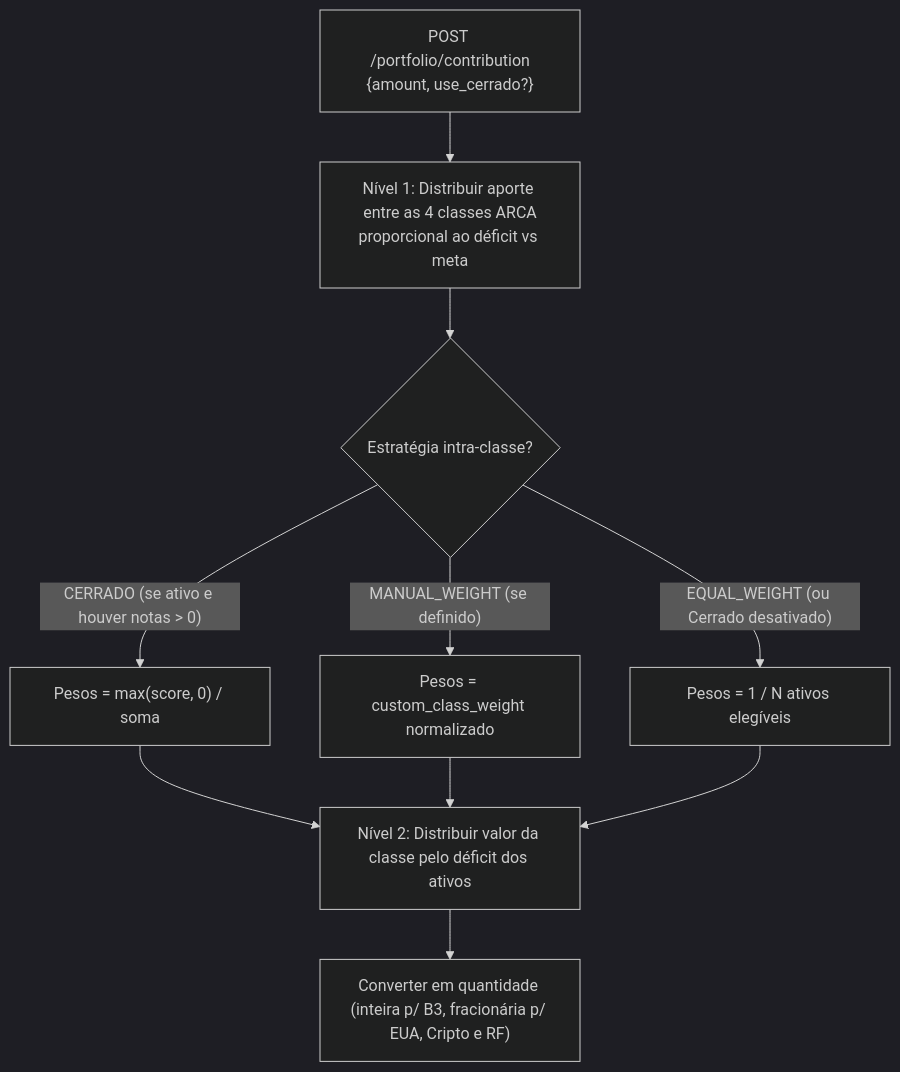
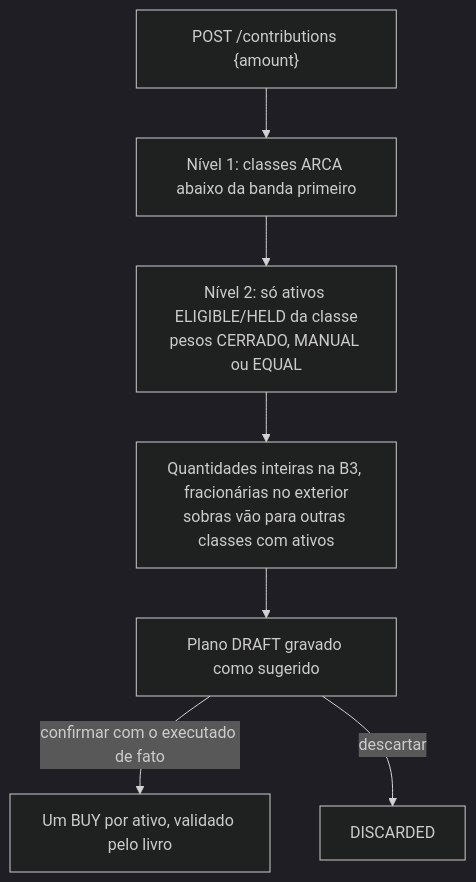
One commit to Angelicogfa/financial-control changed the sixth of 6 diagrams in docs/architecture/OVERVIEW.md. Above: the diagram before and after it, drawn with Mermaid (dark theme). The commit also changed other lines of this file and 8 other files, not shown here.

````diff
--- a/docs/architecture/OVERVIEW.md
+++ b/docs/architecture/OVERVIEW.md
@@ -219,12 +272,9 @@
 ```mermaid
 flowchart TD
-    IN["POST /portfolio/contribution<br/>{amount, use_cerrado?}"] --> N1["Nível 1: Distribuir aporte entre as 4 classes ARCA<br/>proporcional ao déficit vs meta"]
-    N1 --> MODE{"Estratégia intra-classe?"}
-    MODE -->|"CERRADO (se ativo e houver notas > 0)"| W1["Pesos = max(score, 0) / soma"]
-    MODE -->|"MANUAL_WEIGHT (se definido)"| W2["Pesos = custom_class_weight normalizado"]
-    MODE -->|"EQUAL_WEIGHT (ou Cerrado desativado)"| W3["Pesos = 1 / N ativos elegíveis"]
-    W1 --> N2["Nível 2: Distribuir valor da classe pelo déficit dos ativos"]
-    W2 --> N2
-    W3 --> N2
-    N2 --> QTY["Converter em quantidade (inteira p/ B3, fracionária p/ EUA, Cripto e RF)"]
+    IN["POST /contributions {amount}"] --> N1["Nível 1: classes ARCA abaixo da banda primeiro"]
+    N1 --> N2["Nível 2: só ativos ELIGIBLE/HELD da classe<br/>pesos CERRADO, MANUAL ou EQUAL"]
+    N2 --> QTY["Quantidades inteiras na B3, fracionárias no exterior<br/>sobras vão para outras classes com ativos"]
+    QTY --> DRAFT["Plano DRAFT gravado como sugerido"]
+    DRAFT -->|"confirmar com o executado de fato"| TX["Um BUY por ativo, validado pelo livro"]
+    DRAFT -->|"descartar"| X["DISCARDED"]
 ```
````
